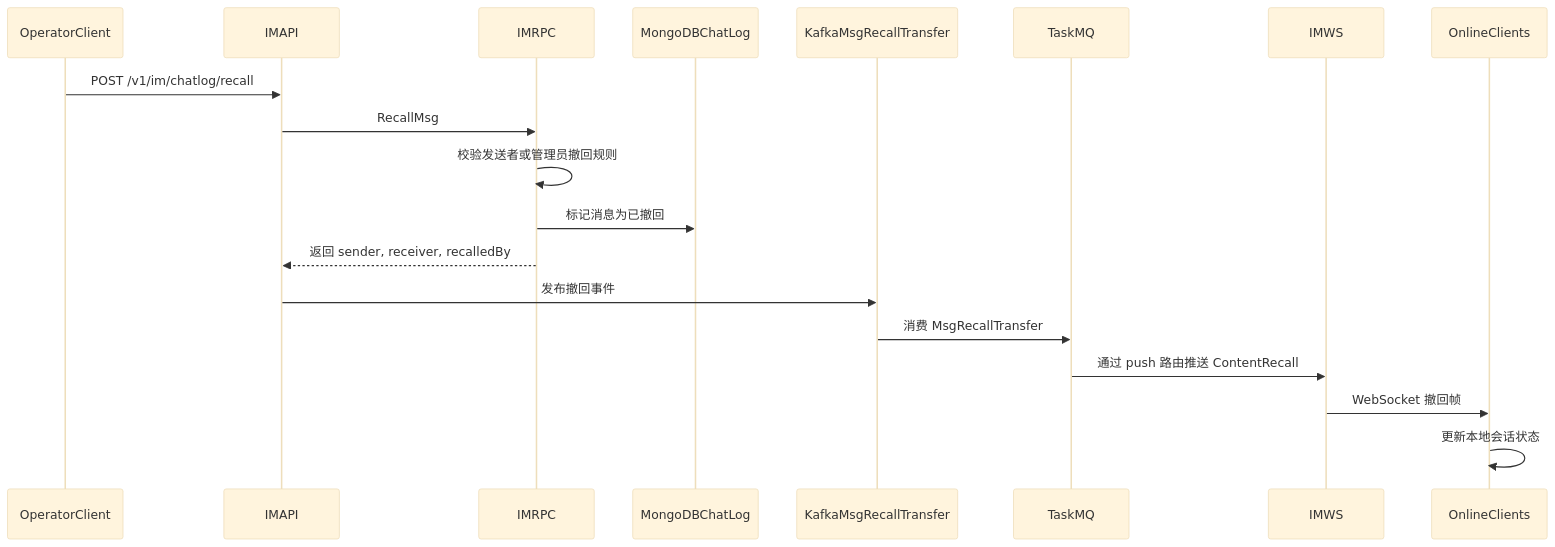
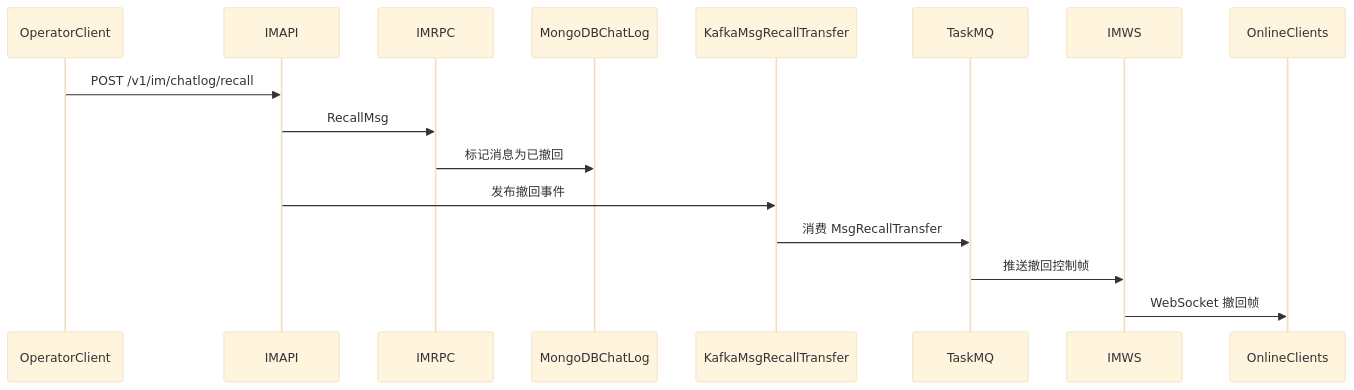
One commit to iceymoss/go-hichat-api changed the third of 4 diagrams in docs/README.zh-CN.md. Above: the diagram before and after it, drawn with Mermaid (base theme). The commit also changed other lines of this file and 1 other file, not shown here.

Commit message:
docs: improve README architecture overview

````diff
--- a/docs/README.zh-CN.md
+++ b/docs/README.zh-CN.md
@@ -268,13 +131,10 @@
 ```mermaid
 sequenceDiagram
   OperatorClient->>IMAPI: POST /v1/im/chatlog/recall
   IMAPI->>IMRPC: RecallMsg
-  IMRPC->>IMRPC: 校验发送者或管理员撤回规则
   IMRPC->>MongoDBChatLog: 标记消息为已撤回
-  IMRPC-->>IMAPI: 返回 sender, receiver, recalledBy
   IMAPI->>KafkaMsgRecallTransfer: 发布撤回事件
   KafkaMsgRecallTransfer->>TaskMQ: 消费 MsgRecallTransfer
-  TaskMQ->>IMWS: 通过 push 路由推送 ContentRecall
+  TaskMQ->>IMWS: 推送撤回控制帧
   IMWS->>OnlineClients: WebSocket 撤回帧
-  OnlineClients->>OnlineClients: 更新本地会话状态
 ```
````
